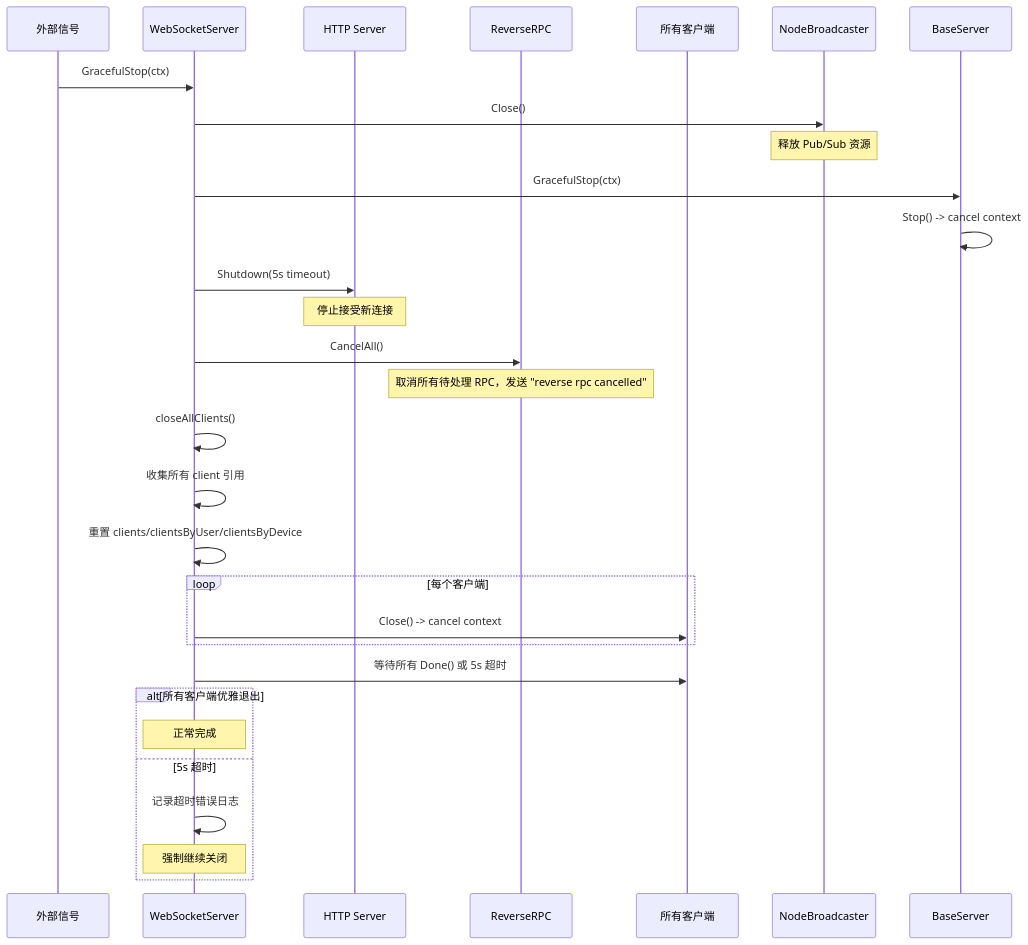
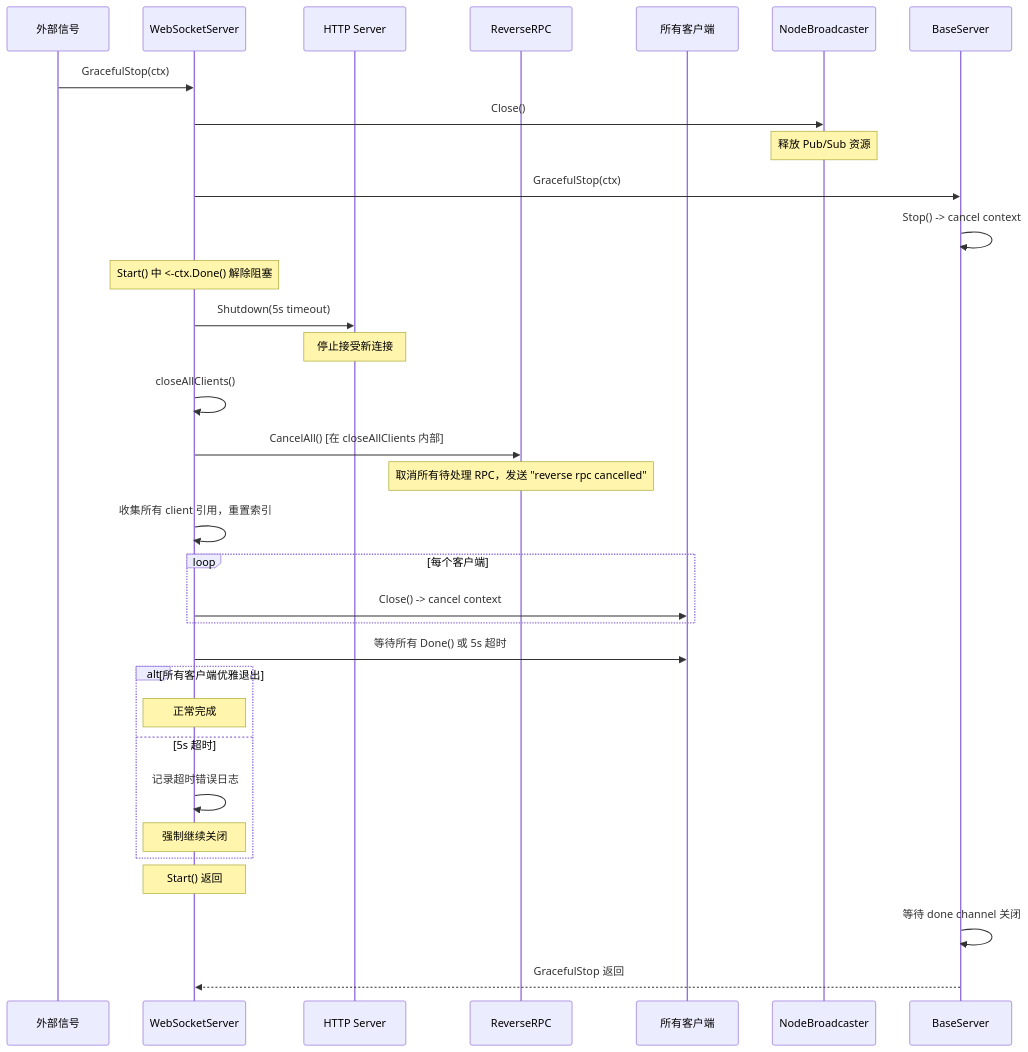
One commit to PineappleBond/xyncra-server changed the tenth of 14 diagrams in wiki/flows/websocket-connection.md. Above: the diagram before and after it, drawn with Mermaid. The commit also changed other lines of this file and 21 other files, not shown here.

First line of the commit message:
docs(wiki): fix accuracy and completeness issues across all flow documents

````diff
--- a/wiki/flows/websocket-connection.md
+++ b/wiki/flows/websocket-connection.md
@@ -554,39 +595,44 @@
 ```mermaid
 sequenceDiagram
     participant External as 外部信号
     participant WS as WebSocketServer
     participant HTTP as HTTP Server
     participant RR as ReverseRPC
     participant Clients as 所有客户端
     participant NB as NodeBroadcaster
+    participant BS as BaseServer
 
     External->>WS: GracefulStop(ctx)
     WS->>NB: Close()
     Note over NB: 释放 Pub/Sub 资源
 
-    WS->>BaseServer: GracefulStop(ctx)
-    BaseServer->>BaseServer: Stop() -> cancel context
+    WS->>BS: GracefulStop(ctx)
+    BS->>BS: Stop() -> cancel context
+
+    Note over WS: Start() 中 <-ctx.Done() 解除阻塞
 
     WS->>HTTP: Shutdown(5s timeout)
     Note over HTTP: 停止接受新连接
 
-    WS->>RR: CancelAll()
+    WS->>WS: closeAllClients()
+    WS->>RR: CancelAll() [在 closeAllClients 内部]
     Note over RR: 取消所有待处理 RPC，发送 "reverse rpc cancelled"
-
-    WS->>WS: closeAllClients()
-    WS->>WS: 收集所有 client 引用
-    WS->>WS: 重置 clients/clientsByUser/clientsByDevice
+    WS->>WS: 收集所有 client 引用，重置索引
 
     loop 每个客户端
         WS->>Clients: Close() -> cancel context
     end
 
     WS->>Clients: 等待所有 Done() 或 5s 超时
 
     alt 所有客户端优雅退出
         Note over WS: 正常完成
     else 5s 超时
         WS->>WS: 记录超时错误日志
         Note over WS: 强制继续关闭
     end
+
+    Note over WS: Start() 返回
+    BS->>BS: 等待 done channel 关闭
+    BS-->>WS: GracefulStop 返回
 ```
````
